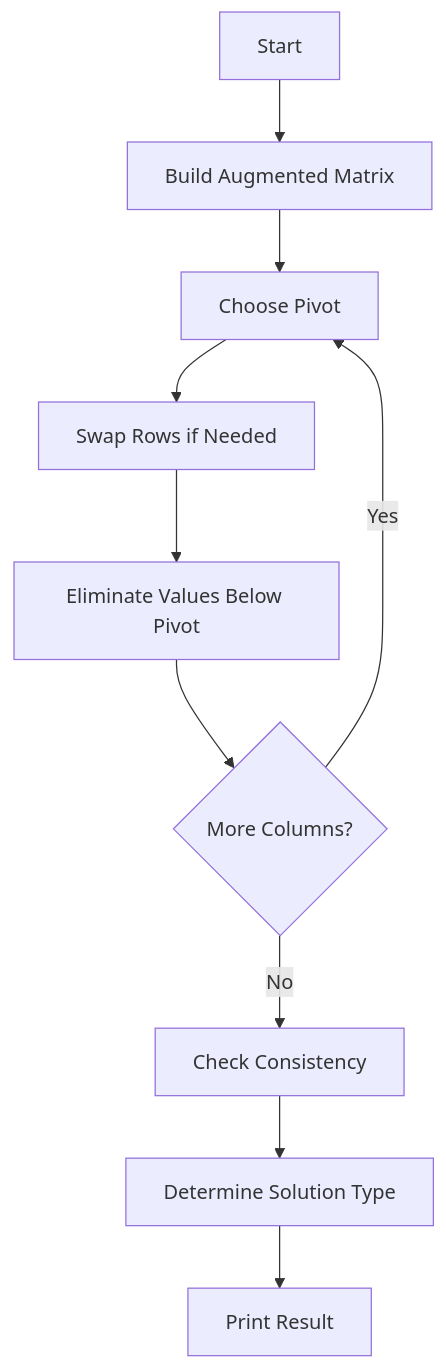
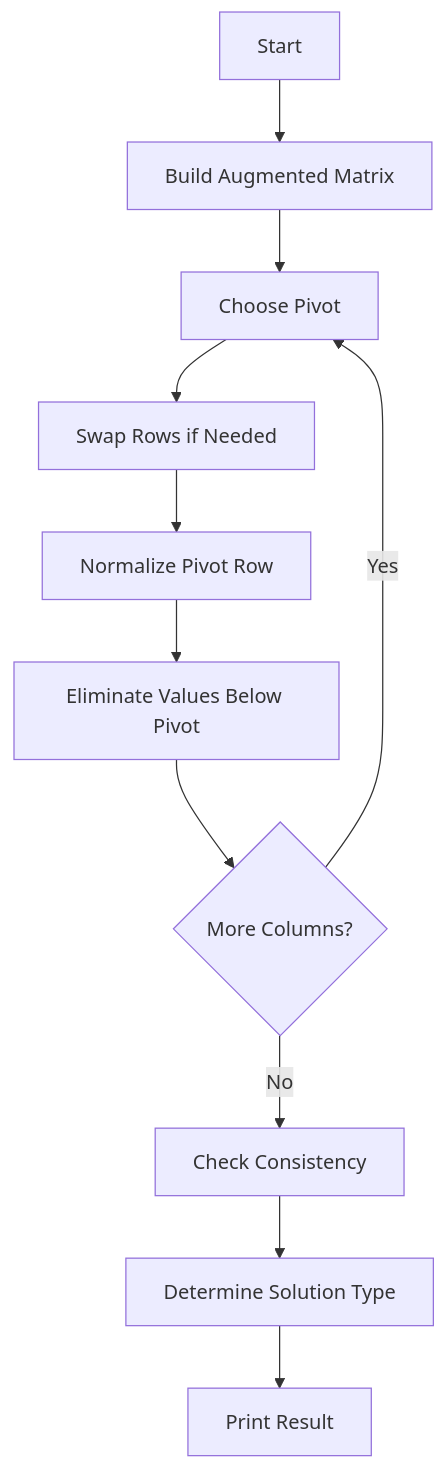
The diagram in semester-02-spring-2024/linear-algebra/linear_algebra_gaussian_elimination_project/PROJECT_NOTES.md (Hussain-Ali-787/air-university-cybersecurity-projects), drawn with Mermaid before and after one commit. The commit also changed other lines of this file and 1 other file, not shown here.

````diff
--- a/semester-02-spring-2024/linear-algebra/linear_algebra_gaussian_elimination_project/PROJECT_NOTES.md
+++ b/semester-02-spring-2024/linear-algebra/linear_algebra_gaussian_elimination_project/PROJECT_NOTES.md
@@ -63,12 +79,13 @@
 ```mermaid
 flowchart TD
     A[Start] --> B[Build Augmented Matrix]
     B --> C[Choose Pivot]
     C --> D[Swap Rows if Needed]
-    D --> E[Eliminate Values Below Pivot]
-    E --> F{More Columns?}
-    F -->|Yes| C
-    F -->|No| G[Check Consistency]
-    G --> H[Determine Solution Type]
-    H --> I[Print Result]
+    D --> E[Normalize Pivot Row]
+    E --> F[Eliminate Values Below Pivot]
+    F --> G{More Columns?}
+    G -->|Yes| C
+    G -->|No| H[Check Consistency]
+    H --> I[Determine Solution Type]
+    I --> J[Print Result]
 ```
````
